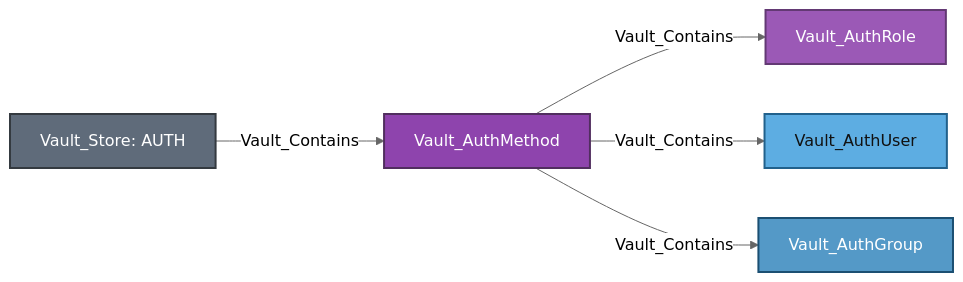
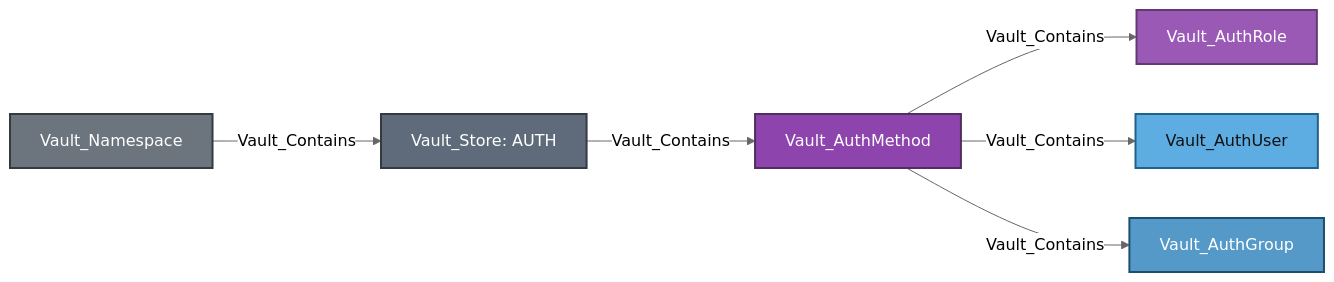
The first of 28 diagrams in Documentation/stores/AUTH.md (bytewreck/opengraph-vault), drawn with Mermaid (neutral theme) before and after one commit. The commit also changed other lines of this file and 7 other files, not shown here.

````diff
--- a/Documentation/stores/AUTH.md
+++ b/Documentation/stores/AUTH.md
@@ -49,13 +49,15 @@
 ```mermaid
 flowchart LR
-    store[Vault_Store: AUTH]:::storeNode -->|Vault_Contains| method[Vault_AuthMethod]:::authMethodNode
+    namespace[Vault_Namespace]:::namespaceNode -->|Vault_Contains| store[Vault_Store: AUTH]:::storeNode
+    store -->|Vault_Contains| method[Vault_AuthMethod]:::authMethodNode
     method -->|Vault_Contains| A[Vault_AuthRole]:::authRoleNode
     method -->|Vault_Contains| B[Vault_AuthUser]:::authUserNode
     method -->|Vault_Contains| C[Vault_AuthGroup]:::authGroupNode
 
+    classDef namespaceNode fill:#6C757D,color:#fff,stroke:#343A40,stroke-width:2px
     classDef storeNode fill:#5F6B7A,color:#fff,stroke:#343A40,stroke-width:2px
     classDef authMethodNode fill:#8E44AD,color:#fff,stroke:#512E5F,stroke-width:2px
     classDef authRoleNode fill:#9B59B6,color:#fff,stroke:#633974,stroke-width:2px
     classDef authUserNode fill:#5DADE2,color:#111,stroke:#21618C,stroke-width:2px
     classDef authGroupNode fill:#5499C7,color:#fff,stroke:#1B4F72,stroke-width:2px
 ```
````
